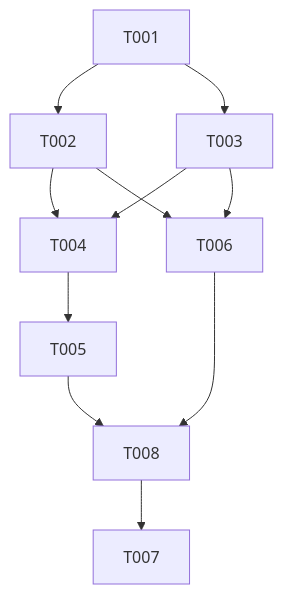
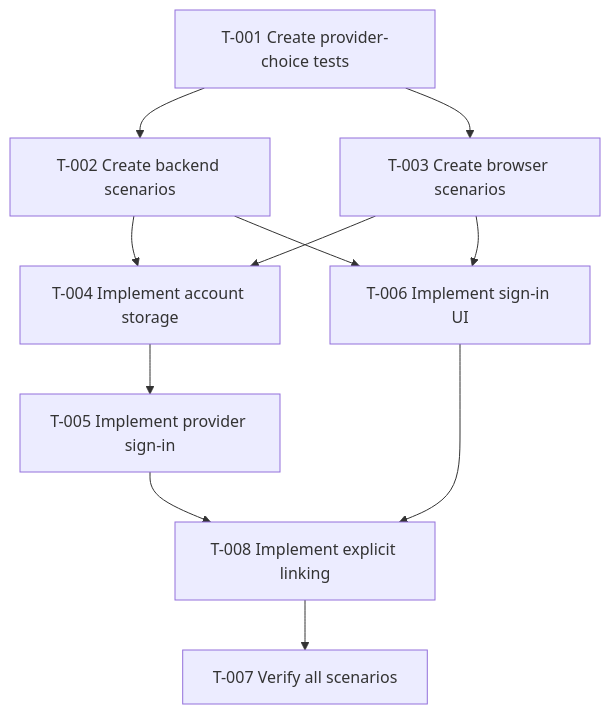
The diagram in specs/auth/openauth_login/tasks.md (b-chua-student/theseus), drawn with Mermaid before and after one commit. The commit also changed other lines of this file and 2 other files, not shown here.

Commit message:
docs(auth): regenerate OpenAuth login specs and task graph

````diff
--- a/specs/auth/openauth_login/tasks.md
+++ b/specs/auth/openauth_login/tasks.md
@@ -5,13 +5,21 @@
 ```mermaid
 flowchart TD
+    T001["T-001 Create provider-choice tests"]
+    T002["T-002 Create backend scenarios"]
+    T003["T-003 Create browser scenarios"]
+    T004["T-004 Implement account storage"]
+    T005["T-005 Implement provider sign-in"]
+    T006["T-006 Implement sign-in UI"]
+    T007["T-007 Verify all scenarios"]
+    T008["T-008 Implement explicit linking"]
     T001 --> T002
     T001 --> T003
     T002 --> T004
     T003 --> T004
     T004 --> T005
     T003 --> T006
     T002 --> T006
     T005 --> T008
     T006 --> T008
     T008 --> T007
 ```
````
